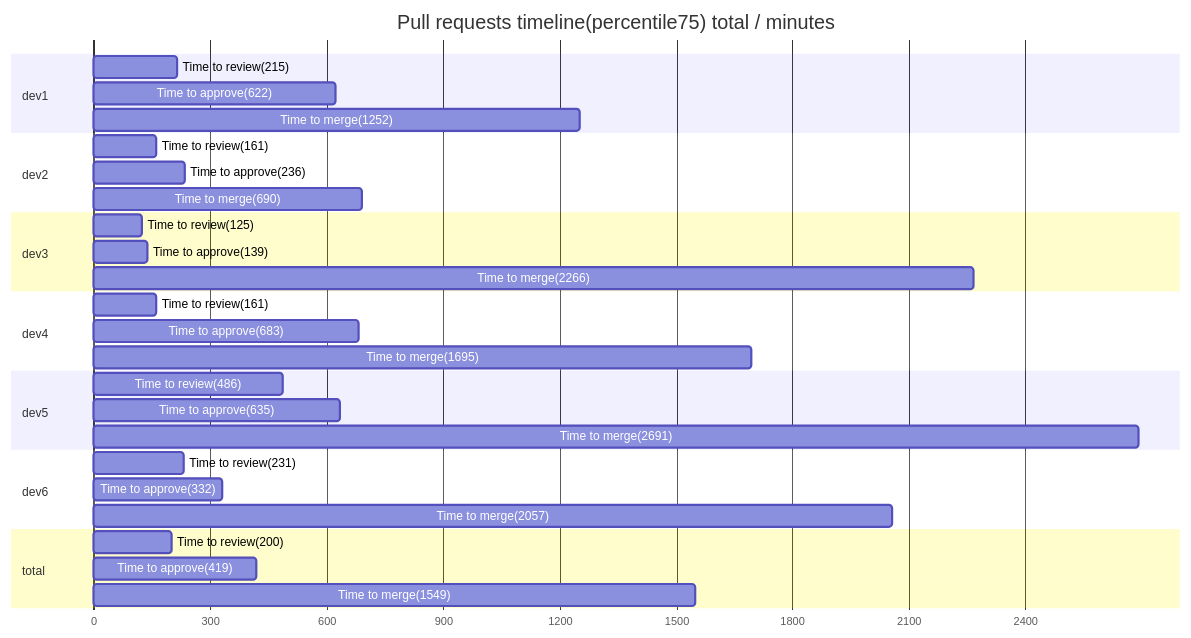
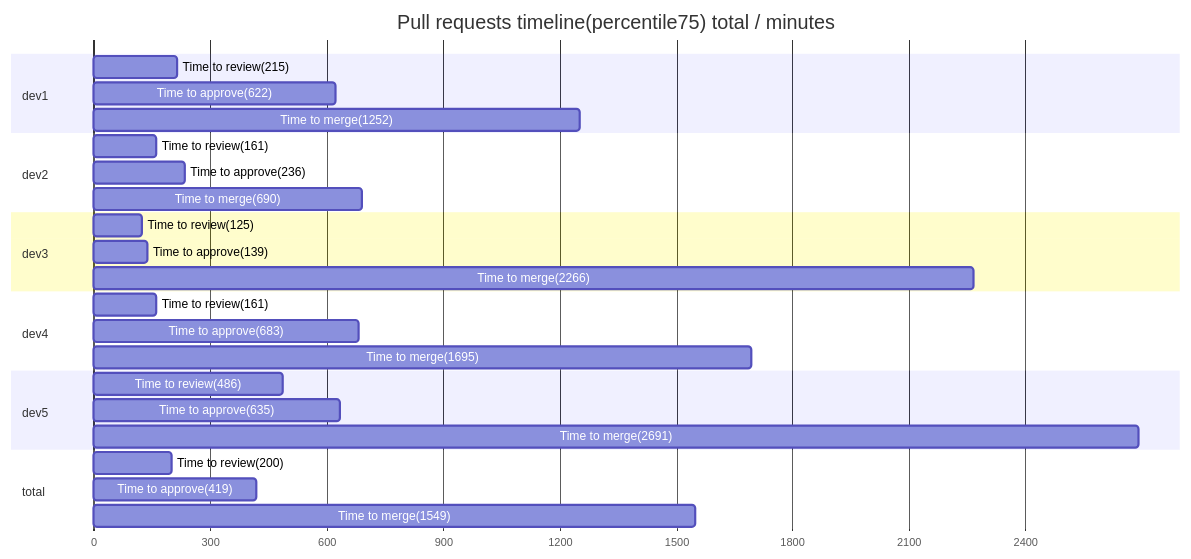
One commit to AlexSim93/pull-request-analytics-action changed the first of 2 diagrams in README.md. Above: the diagram before and after it, drawn with Mermaid. The commit also changed other lines of this file and 3 other files, not shown here.

Commit message:
Add months chart to markdown text

````diff
--- a/README.md
+++ b/README.md
@@ -33,40 +33,35 @@
 ```mermaid
 gantt
 title Pull requests timeline(percentile75) total / minutes
 dateFormat X
 axisFormat %s
 section dev1
 Time to review(215) : 0, 215
 Time to approve(622) : 0, 622
 Time to merge(1252) : 0, 1252
 
 section dev2
 Time to review(161) : 0, 161
 Time to approve(236) : 0, 236
 Time to merge(690) : 0, 690
 
 section dev3
 Time to review(125) : 0, 125
 Time to approve(139) : 0, 139
 Time to merge(2266) : 0, 2266
 
 section dev4
 Time to review(161) : 0, 161
 Time to approve(683) : 0, 683
 Time to merge(1695) : 0, 1695
 
 section dev5
 Time to review(486) : 0, 486
 Time to approve(635) : 0, 635
 Time to merge(2691) : 0, 2691
 
-section dev6
-Time to review(231) : 0, 231
-Time to approve(332) : 0, 332
-Time to merge(2057) : 0, 2057
-
 section total
 Time to review(200) : 0, 200
 Time to approve(419) : 0, 419
 Time to merge(1549) : 0, 1549
 ```
````
